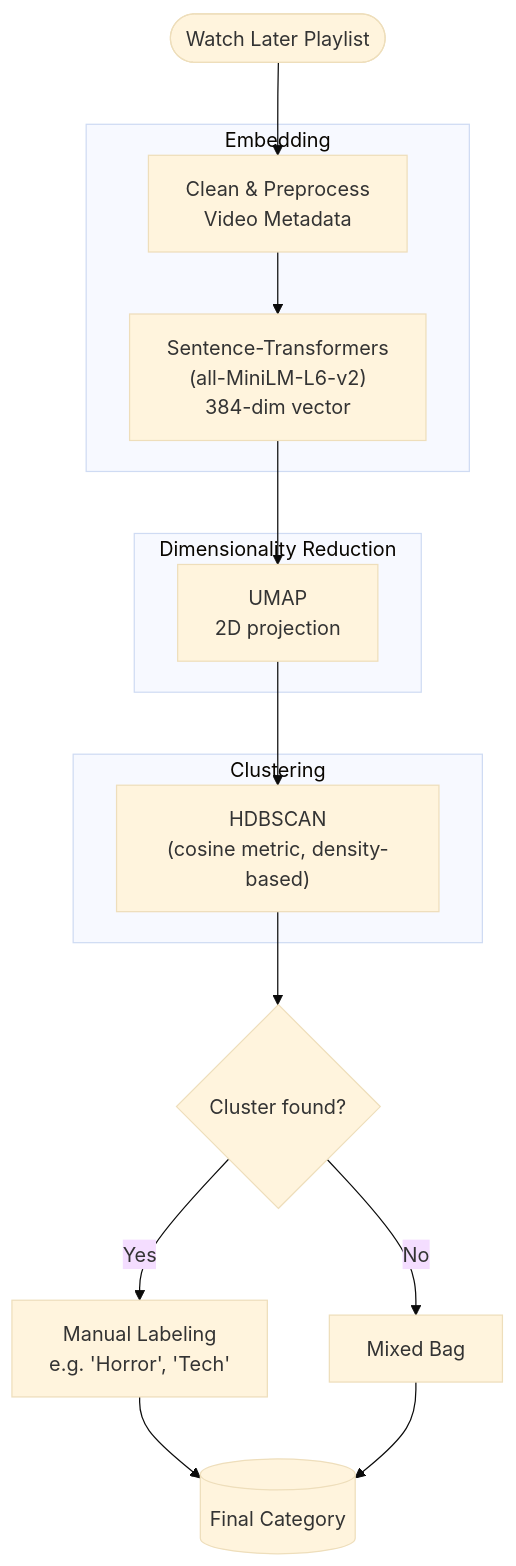
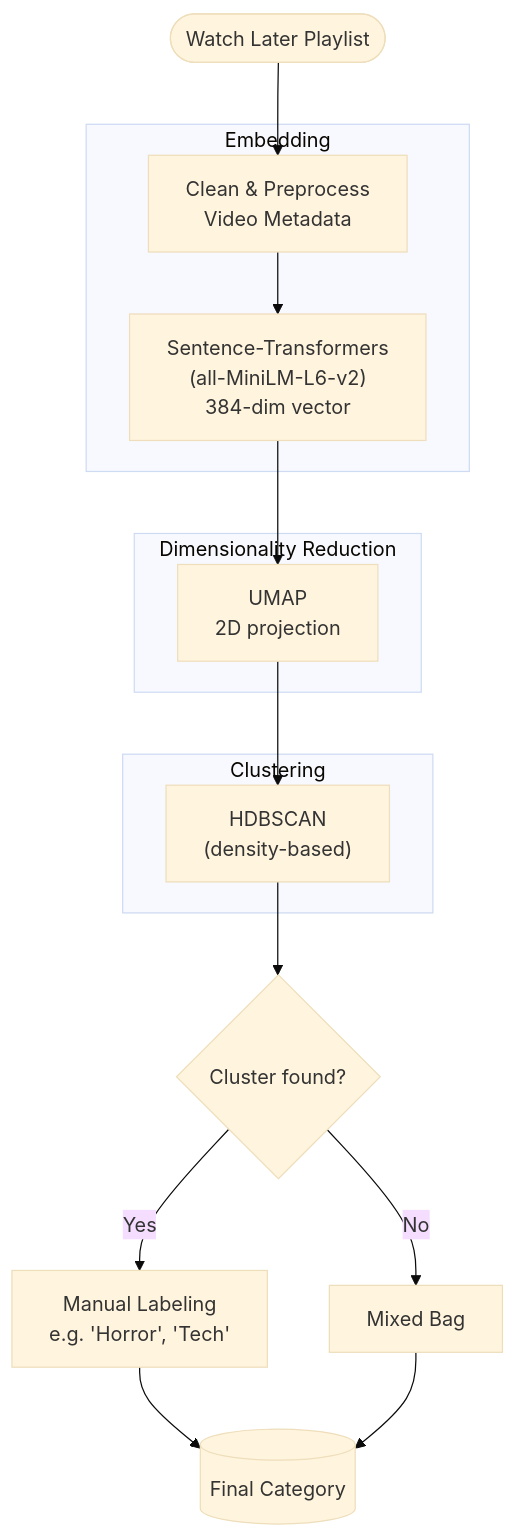
Before and after one commit to cosmognaut/magpie: the diagram in README.md, drawn with Mermaid (base theme). The commit also changed other lines of this file, not shown here.

````diff
--- a/README.md
+++ b/README.md
@@ -17,23 +22,23 @@
 ```mermaid
 flowchart TD
     WL([Watch Later Playlist]) --> PREPROCESS[Clean & Preprocess<br/>Video Metadata]
 
     subgraph Embed["Embedding"]
         PREPROCESS --> MINILM["Sentence-Transformers<br/>(all-MiniLM-L6-v2)<br/> 384-dim vector"]
     end
 
     subgraph Reduce["Dimensionality Reduction"]
         MINILM --> UMAP["UMAP<br/> 2D projection"]
     end
 
     subgraph Cluster["Clustering"]
-        UMAP --> HDBSCAN["HDBSCAN<br/>(cosine metric, density-based)"]
+        UMAP --> HDBSCAN["HDBSCAN<br/>(density-based)"]
     end
 
     HDBSCAN --> YESORNO{Cluster found?}
     YESORNO -->|Yes| MANUAL["Manual Labeling<br/>e.g. 'Horror', 'Tech'"]
     YESORNO -->|No| MIXED[Mixed Bag]
 
     MANUAL --> FINAL[(Final Category)]
     MIXED --> FINAL
 ```
````
